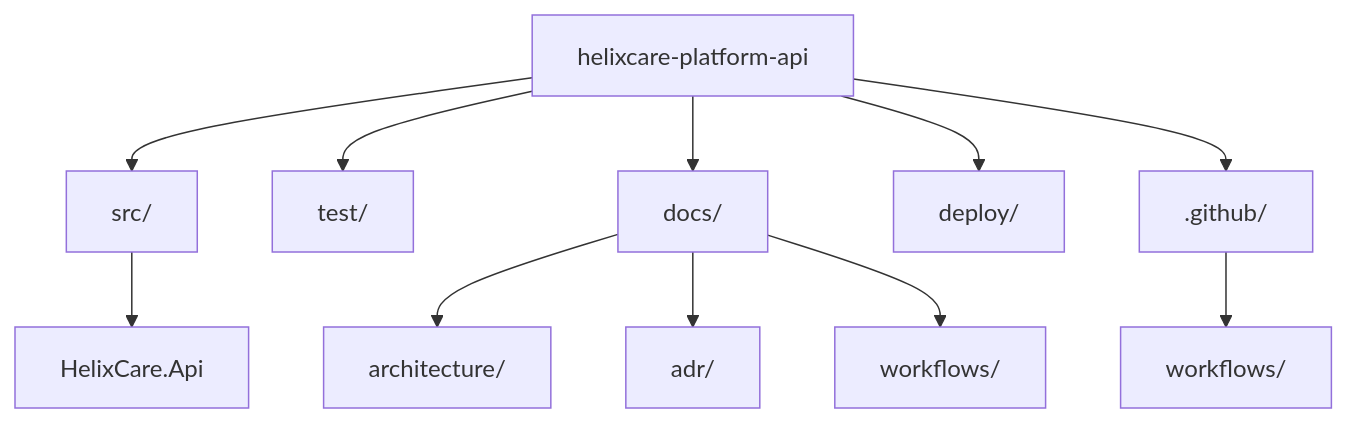
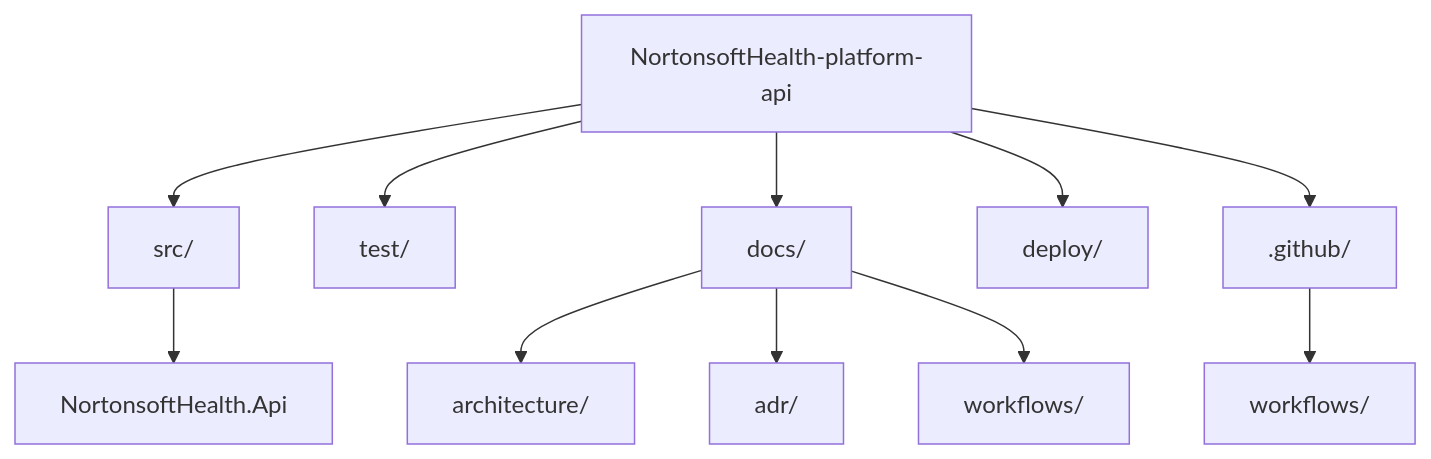
The diagram in README.md (Geoff1900/helixcare-platform-api), drawn with Mermaid before and after one commit. The commit also changed other lines of this file and 1 other file, not shown here.

````diff
--- a/README.md
+++ b/README.md
@@ -33,18 +33,18 @@
 ```mermaid
 graph TD
-    Root[helixcare-platform-api]
+    Root[NortonsoftHealth-platform-api]
 
     Root --> src[src/]
     Root --> test[test/]
     Root --> docs[docs/]
     Root --> deploy[deploy/]
     Root --> github[.github/]
 
-    src --> api[HelixCare.Api]
+    src --> api[NortonsoftHealth.Api]
 
     docs --> arch[architecture/]
     docs --> adr[adr/]
     docs --> workflows[workflows/]
 
     github --> workflows_ci[workflows/]
 ```
````
